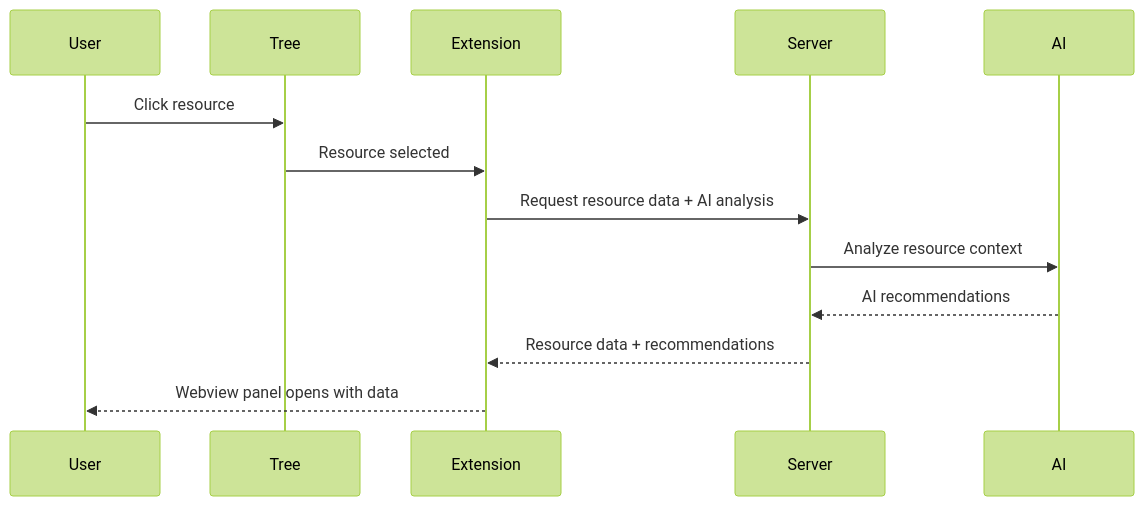
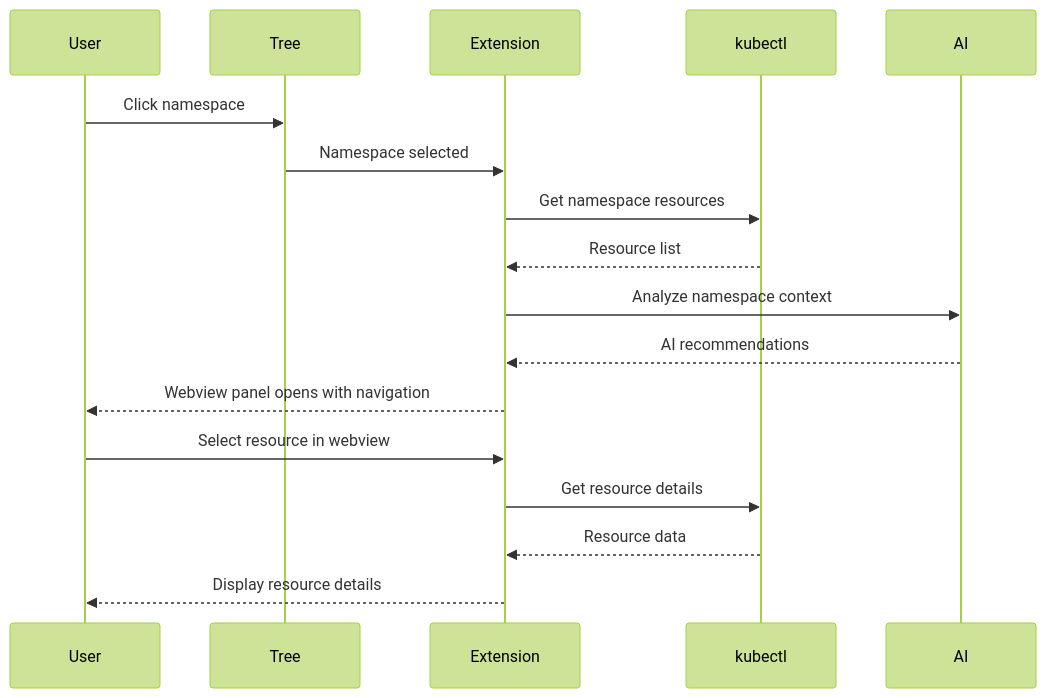
One commit to alto9/kandy changed the second of 2 diagrams in ai/specs/webview-spec.spec.md. Above: the diagram before and after it, drawn with Mermaid (forest theme). The commit also changed other lines of this file and 23 other files, not shown here.

````diff
--- a/ai/specs/webview-spec.spec.md
+++ b/ai/specs/webview-spec.spec.md
@@ -48,16 +47,21 @@
 ```mermaid
 sequenceDiagram
     participant User
     participant Tree
     participant Extension
-    participant Server
+    participant kubectl
     participant AI
 
-    User->>Tree: Click resource
-    Tree->>Extension: Resource selected
-    Extension->>Server: Request resource data + AI analysis
-    Server->>AI: Analyze resource context
-    AI-->>Server: AI recommendations
-    Server-->>Extension: Resource data + recommendations
-    Extension-->>User: Webview panel opens with data
+    User->>Tree: Click namespace
+    Tree->>Extension: Namespace selected
+    Extension->>kubectl: Get namespace resources
+    kubectl-->>Extension: Resource list
+    Extension->>AI: Analyze namespace context
+    AI-->>Extension: AI recommendations
+    Extension-->>User: Webview panel opens with navigation
+    
+    User->>Extension: Select resource in webview
+    Extension->>kubectl: Get resource details
+    kubectl-->>Extension: Resource data
+    Extension-->>User: Display resource details
 ```
````
